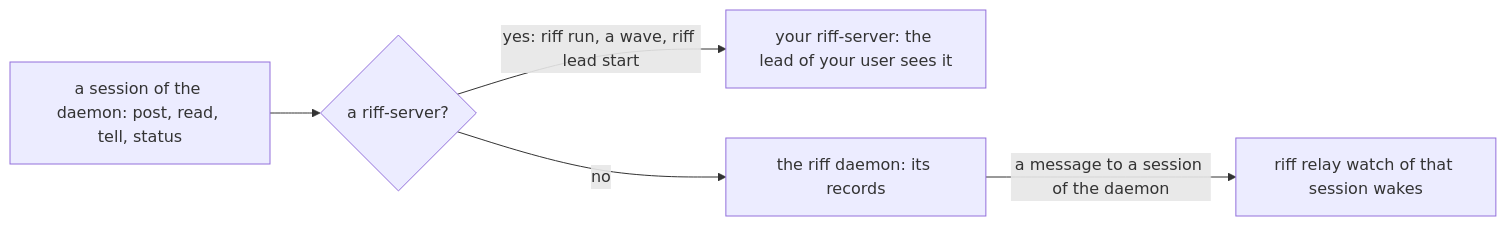
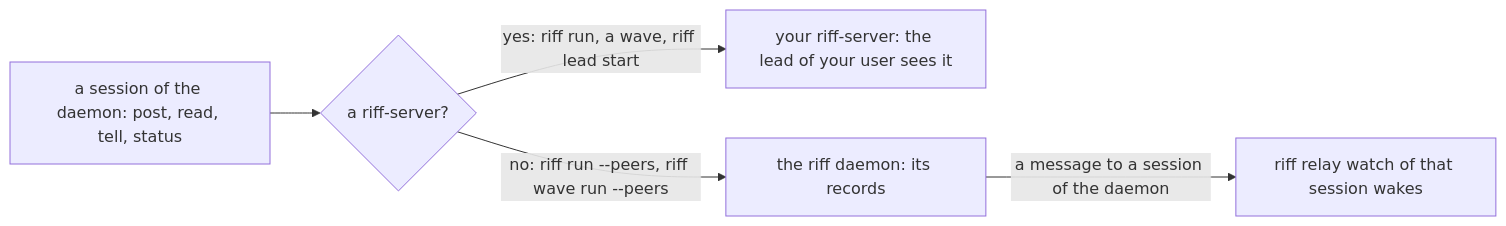
Before and after one commit to como-technologies/riff: diagram 11 of 29 in docs/src/development.md, drawn with Mermaid. The commit also changed other lines of this file and 11 other files, not shown here.

````diff
--- a/docs/src/development.md
+++ b/docs/src/development.md
@@ -1030,7 +1088,7 @@
 ```mermaid
 flowchart LR
     S["a session of the daemon: post, read, tell, status"] --> Q{"a riff-server?"}
     Q -- "yes: riff run, a wave, riff lead start" --> R["your riff-server: the lead of your user sees it"]
-    Q -- "no" --> D["the riff daemon: its records"]
+    Q -- "no: riff run --peers, riff wave run --peers" --> D["the riff daemon: its records"]
     D -- "a message to a session of the daemon" --> W["riff relay watch of that session wakes"]
 ```
````
